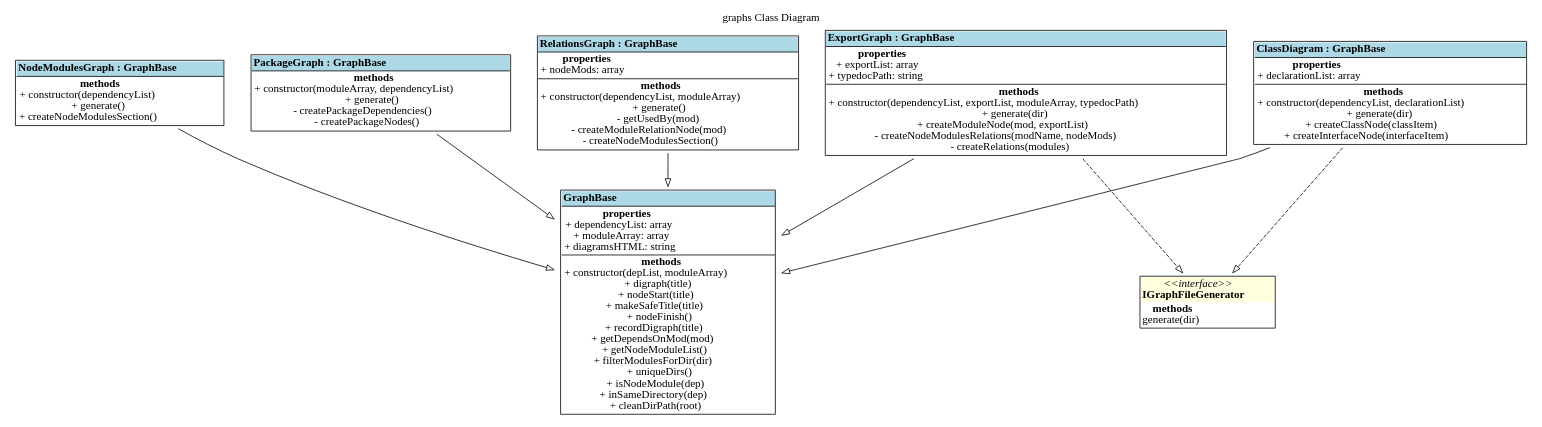
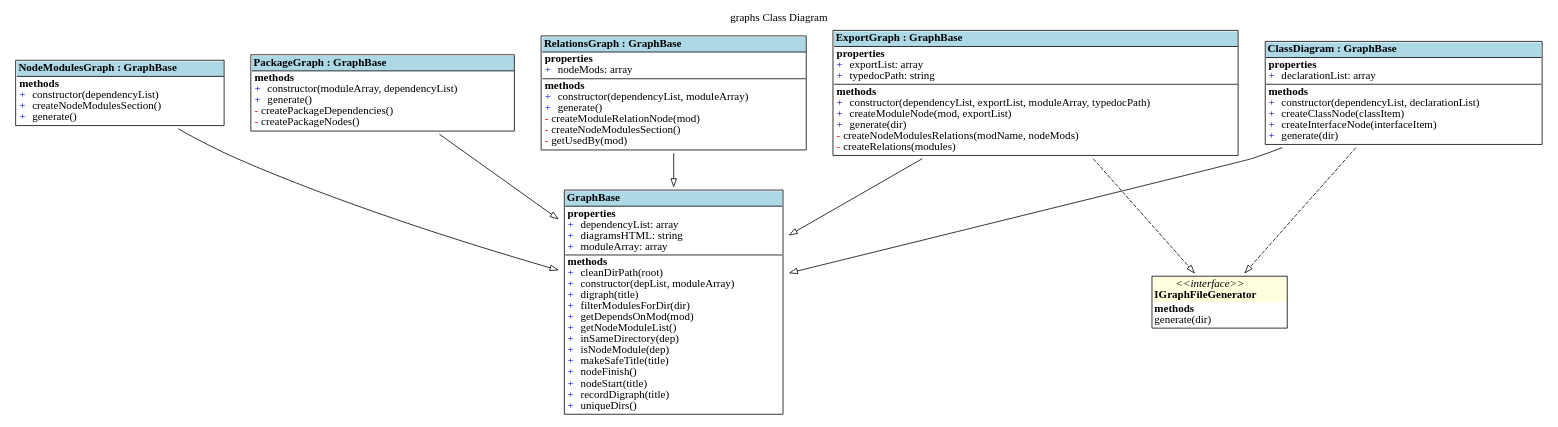
One commit to fleebe/GitHubPages changed the diagram in dep-graph-ts/graphs_ClassDiagram.dot. Above: the diagram before and after it, drawn with Graphviz. The commit also changed 22 other files, not shown here.

Commit message:
Update docs for dep-graph-ts from fleebe/dep-graph-ts workflow

```diff
--- a/dep-graph-ts/graphs_ClassDiagram.dot
+++ b/dep-graph-ts/graphs_ClassDiagram.dot
@@ -1,102 +1,102 @@
 digraph {label="graphs Class Diagram";
 labelloc="t";
 "ClassDiagram" [shape=none, label=<<TABLE cellspacing="0" cellborder="0" align="left">
 <TR><TD align="left" bgcolor="lightblue"><B>ClassDiagram : GraphBase</B></TD></TR>
-<TR><TD BORDER="1" SIDES="T" align="left"><B>properties</B><BR/>
-+ declarationList: array<BR/>
+<TR><TD BORDER="1" SIDES="T" align="left" BALIGN="LEFT"><B>properties</B><BR/>
+<font color='blue'>+</font>  declarationList: array<BR/>
 </TD></TR>
-<TR><TD BORDER="1" SIDES="T" align="left"><B>methods</B><BR/>
-+ constructor(dependencyList, declarationList)<BR/>
-+ generate(dir)<BR/>
-+ createClassNode(classItem)<BR/>
-+ createInterfaceNode(interfaceItem)<BR/>
+<TR><TD BORDER="1" SIDES="T" align="left" BALIGN="LEFT"><B>methods</B><BR/>
+<font color='blue'>+</font>  constructor(dependencyList, declarationList)<BR/>
+<font color='blue'>+</font>  createClassNode(classItem)<BR/>
+<font color='blue'>+</font>  createInterfaceNode(interfaceItem)<BR/>
+<font color='blue'>+</font>  generate(dir)<BR/>
 </TD></TR>
 </TABLE>>];
 "ClassDiagram"->"GraphBase" [arrowhead=empty, style=solid];
 "ClassDiagram"->"IGraphFileGenerator" [arrowhead=empty, style=dashed];
 
 "ExportGraph" [shape=none, label=<<TABLE cellspacing="0" cellborder="0" align="left">
 <TR><TD align="left" bgcolor="lightblue"><B>ExportGraph : GraphBase</B></TD></TR>
-<TR><TD BORDER="1" SIDES="T" align="left"><B>properties</B><BR/>
-+ exportList: array<BR/>
-+ typedocPath: string<BR/>
+<TR><TD BORDER="1" SIDES="T" align="left" BALIGN="LEFT"><B>properties</B><BR/>
+<font color='blue'>+</font>  exportList: array<BR/>
+<font color='blue'>+</font>  typedocPath: string<BR/>
 </TD></TR>
-<TR><TD BORDER="1" SIDES="T" align="left"><B>methods</B><BR/>
-+ constructor(dependencyList, exportList, moduleArray, typedocPath)<BR/>
-+ generate(dir)<BR/>
-+ createModuleNode(mod, exportList)<BR/>
-- createNodeModulesRelations(modName, nodeMods)<BR/>
-- createRelations(modules)<BR/>
+<TR><TD BORDER="1" SIDES="T" align="left" BALIGN="LEFT"><B>methods</B><BR/>
+<font color='blue'>+</font>  constructor(dependencyList, exportList, moduleArray, typedocPath)<BR/>
+<font color='blue'>+</font>  createModuleNode(mod, exportList)<BR/>
+<font color='blue'>+</font>  generate(dir)<BR/>
+<font color='red'>-</font>  createNodeModulesRelations(modName, nodeMods)<BR/>
+<font color='red'>-</font>  createRelations(modules)<BR/>
 </TD></TR>
 </TABLE>>];
 "ExportGraph"->"GraphBase" [arrowhead=empty, style=solid];
 "ExportGraph"->"IGraphFileGenerator" [arrowhead=empty, style=dashed];
 
 "GraphBase" [shape=none, label=<<TABLE cellspacing="0" cellborder="0" align="left">
 <TR><TD align="left" bgcolor="lightblue"><B>GraphBase</B></TD></TR>
-<TR><TD BORDER="1" SIDES="T" align="left"><B>properties</B><BR/>
-+ dependencyList: array<BR/>
-+ moduleArray: array<BR/>
-+ diagramsHTML: string<BR/>
+<TR><TD BORDER="1" SIDES="T" align="left" BALIGN="LEFT"><B>properties</B><BR/>
+<font color='blue'>+</font>  dependencyList: array<BR/>
+<font color='blue'>+</font>  diagramsHTML: string<BR/>
+<font color='blue'>+</font>  moduleArray: array<BR/>
 </TD></TR>
-<TR><TD BORDER="1" SIDES="T" align="left"><B>methods</B><BR/>
-+ constructor(depList, moduleArray)<BR/>
-+ digraph(title)<BR/>
-+ nodeStart(title)<BR/>
-+ makeSafeTitle(title)<BR/>
-+ nodeFinish()<BR/>
-+ recordDigraph(title)<BR/>
-+ getDependsOnMod(mod)<BR/>
-+ getNodeModuleList()<BR/>
-+ filterModulesForDir(dir)<BR/>
-+ uniqueDirs()<BR/>
-+ isNodeModule(dep)<BR/>
-+ inSameDirectory(dep)<BR/>
-+ cleanDirPath(root)<BR/>
+<TR><TD BORDER="1" SIDES="T" align="left" BALIGN="LEFT"><B>methods</B><BR/>
+<font color='blue'>+</font>  cleanDirPath(root)<BR/>
+<font color='blue'>+</font>  constructor(depList, moduleArray)<BR/>
+<font color='blue'>+</font>  digraph(title)<BR/>
+<font color='blue'>+</font>  filterModulesForDir(dir)<BR/>
+<font color='blue'>+</font>  getDependsOnMod(mod)<BR/>
+<font color='blue'>+</font>  getNodeModuleList()<BR/>
+<font color='blue'>+</font>  inSameDirectory(dep)<BR/>
+<font color='blue'>+</font>  isNodeModule(dep)<BR/>
+<font color='blue'>+</font>  makeSafeTitle(title)<BR/>
+<font color='blue'>+</font>  nodeFinish()<BR/>
+<font color='blue'>+</font>  nodeStart(title)<BR/>
+<font color='blue'>+</font>  recordDigraph(title)<BR/>
+<font color='blue'>+</font>  uniqueDirs()<BR/>
 </TD></TR>
 </TABLE>>];
 
 "IGraphFileGenerator" [shape=none, label=<<TABLE cellspacing="0" cellborder="0" align="left">
 <TR><TD align="center" bgcolor="lightyellow"><I>&lt;&lt;interface&gt;&gt;</I><BR/><B>IGraphFileGenerator</B></TD></TR>
-<TR><TD align="left"><B>methods</B><BR/>
+<TR><TD align="left" BALIGN="LEFT"><B>methods</B><BR/>
 generate(dir)<BR/>
 </TD></TR>
 </TABLE>>];
 
 "NodeModulesGraph" [shape=none, label=<<TABLE cellspacing="0" cellborder="0" align="left">
 <TR><TD align="left" bgcolor="lightblue"><B>NodeModulesGraph : GraphBase</B></TD></TR>
-<TR><TD BORDER="1" SIDES="T" align="left"><B>methods</B><BR/>
-+ constructor(dependencyList)<BR/>
-+ generate()<BR/>
-+ createNodeModulesSection()<BR/>
+<TR><TD BORDER="1" SIDES="T" align="left" BALIGN="LEFT"><B>methods</B><BR/>
+<font color='blue'>+</font>  constructor(dependencyList)<BR/>
+<font color='blue'>+</font>  createNodeModulesSection()<BR/>
+<font color='blue'>+</font>  generate()<BR/>
 </TD></TR>
 </TABLE>>];
 "NodeModulesGraph"->"GraphBase" [arrowhead=empty, style=solid];
 
 "PackageGraph" [shape=none, label=<<TABLE cellspacing="0" cellborder="0" align="left">
 <TR><TD align="left" bgcolor="lightblue"><B>PackageGraph : GraphBase</B></TD></TR>
-<TR><TD BORDER="1" SIDES="T" align="left"><B>methods</B><BR/>
-+ constructor(moduleArray, dependencyList)<BR/>
-+ generate()<BR/>
-- createPackageDependencies()<BR/>
-- createPackageNodes()<BR/>
+<TR><TD BORDER="1" SIDES="T" align="left" BALIGN="LEFT"><B>methods</B><BR/>
+<font color='blue'>+</font>  constructor(moduleArray, dependencyList)<BR/>
+<font color='blue'>+</font>  generate()<BR/>
+<font color='red'>-</font>  createPackageDependencies()<BR/>
+<font color='red'>-</font>  createPackageNodes()<BR/>
 </TD></TR>
 </TABLE>>];
 "PackageGraph"->"GraphBase" [arrowhead=empty, style=solid];
 
 "RelationsGraph" [shape=none, label=<<TABLE cellspacing="0" cellborder="0" align="left">
 <TR><TD align="left" bgcolor="lightblue"><B>RelationsGraph : GraphBase</B></TD></TR>
-<TR><TD BORDER="1" SIDES="T" align="left"><B>properties</B><BR/>
-+ nodeMods: array<BR/>
+<TR><TD BORDER="1" SIDES="T" align="left" BALIGN="LEFT"><B>properties</B><BR/>
+<font color='blue'>+</font>  nodeMods: array<BR/>
 </TD></TR>
-<TR><TD BORDER="1" SIDES="T" align="left"><B>methods</B><BR/>
-+ constructor(dependencyList, moduleArray)<BR/>
-+ generate()<BR/>
-- getUsedBy(mod)<BR/>
-- createModuleRelationNode(mod)<BR/>
-- createNodeModulesSection()<BR/>
+<TR><TD BORDER="1" SIDES="T" align="left" BALIGN="LEFT"><B>methods</B><BR/>
+<font color='blue'>+</font>  constructor(dependencyList, moduleArray)<BR/>
+<font color='blue'>+</font>  generate()<BR/>
+<font color='red'>-</font>  createModuleRelationNode(mod)<BR/>
+<font color='red'>-</font>  createNodeModulesSection()<BR/>
+<font color='red'>-</font>  getUsedBy(mod)<BR/>
 </TD></TR>
 </TABLE>>];
 "RelationsGraph"->"GraphBase" [arrowhead=empty, style=solid];
 
 }
```
